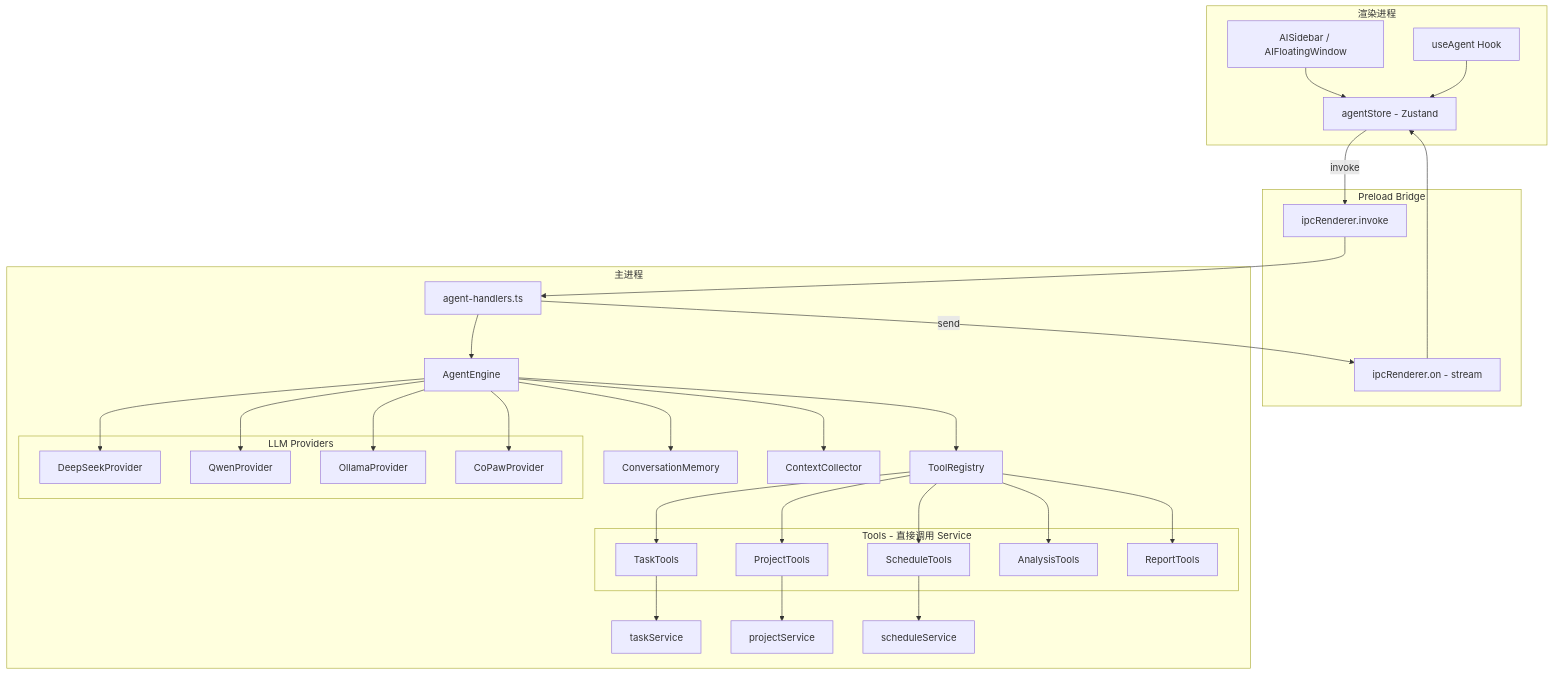
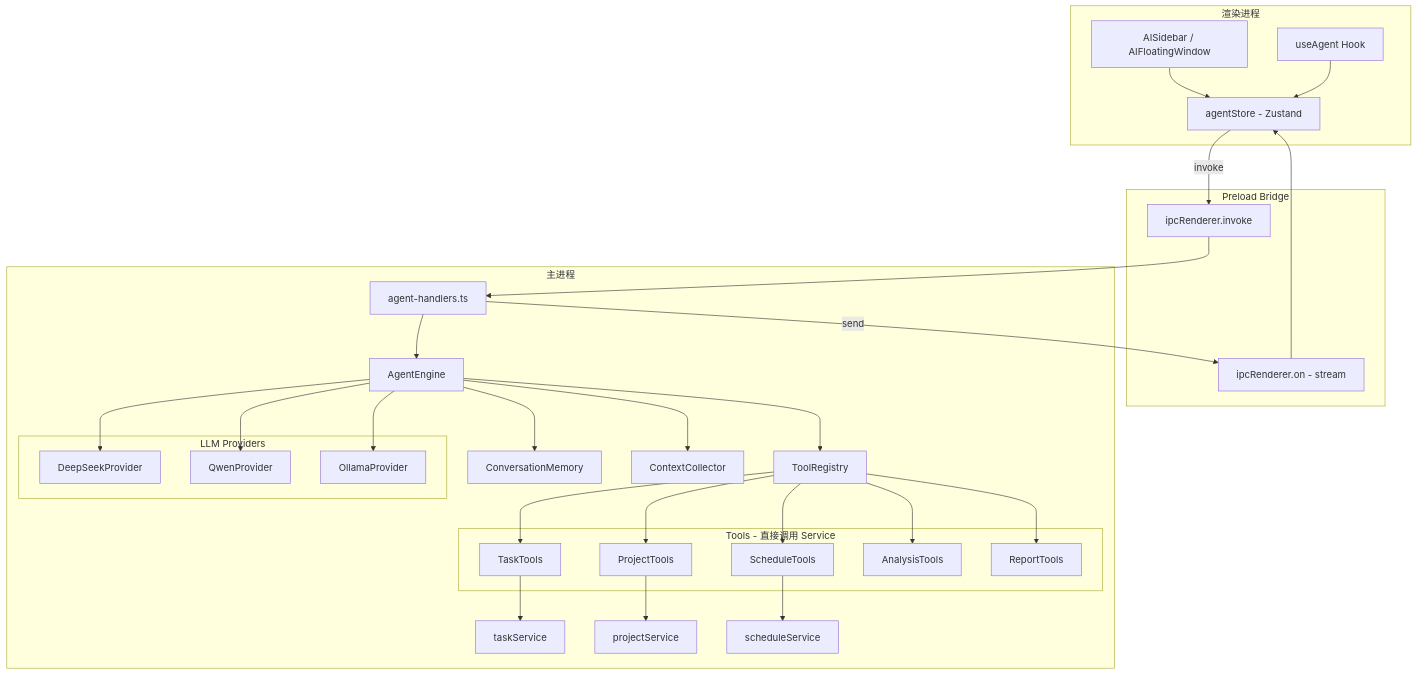
One commit to AZE-BlackCore/TaskHarbor changed the diagram in .workbuddy/plans/agent-integration-dev_a8064f00.md. Above: the diagram before and after it, drawn with Mermaid. The commit also changed other lines of this file and 17 other files, not shown here.

````diff
--- a/.workbuddy/plans/agent-integration-dev_a8064f00.md
+++ b/.workbuddy/plans/agent-integration-dev_a8064f00.md
@@ -101,61 +95,59 @@
 ```mermaid
 graph TB
     subgraph 渲染进程
         AS[AISidebar / AIFloatingWindow]
         AGS[agentStore - Zustand]
         UI[useAgent Hook]
         AS --> AGS
         UI --> AGS
     end
 
     subgraph Preload Bridge
         IPC_IN[ipcRenderer.invoke]
         IPC_OUT[ipcRenderer.on - stream]
     end
 
     subgraph 主进程
         AH[agent-handlers.ts]
         AE[AgentEngine]
         TR[ToolRegistry]
         CM[ConversationMemory]
         CC[ContextCollector]
 
         AH --> AE
         AE --> TR
         AE --> CM
         AE --> CC
 
         subgraph LLM Providers
             DP[DeepSeekProvider]
             QP[QwenProvider]
             OP[OllamaProvider]
-            CP[CoPawProvider]
         end
         AE --> DP
         AE --> QP
         AE --> OP
-        AE --> CP
 
         subgraph Tools - 直接调用 Service
             TT[TaskTools]
             PT[ProjectTools]
             ST[ScheduleTools]
             AT[AnalysisTools]
             RT[ReportTools]
         end
         TR --> TT
         TR --> PT
         TR --> ST
         TR --> AT
         TR --> RT
 
         TT --> TS[taskService]
         PT --> PS[projectService]
         ST --> SS[scheduleService]
     end
 
     AGS -->|invoke| IPC_IN
     IPC_IN --> AH
     AH -->|send| IPC_OUT
     IPC_OUT --> AGS
 ```
````
